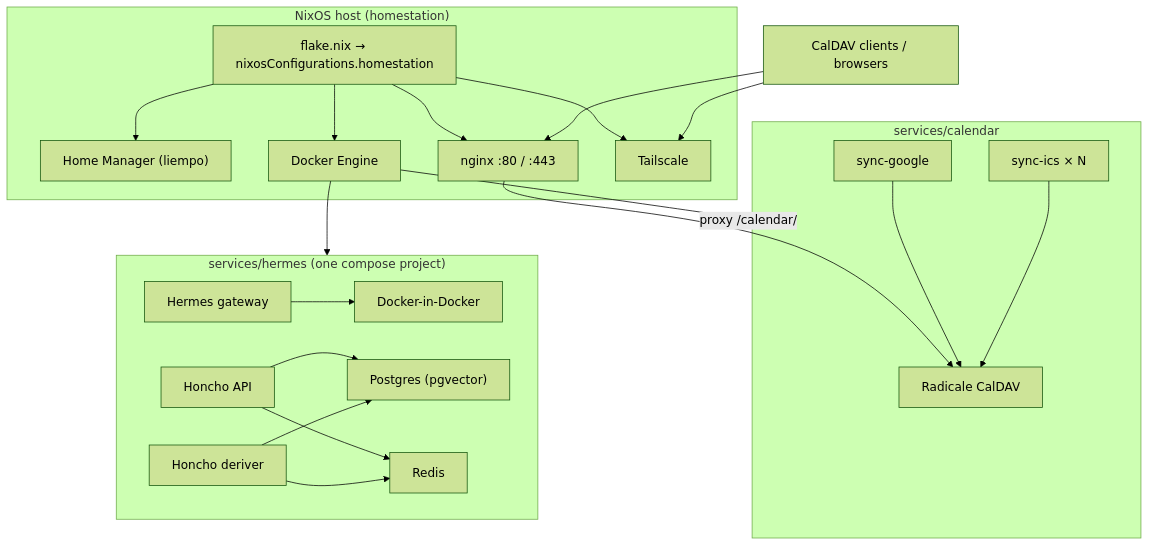
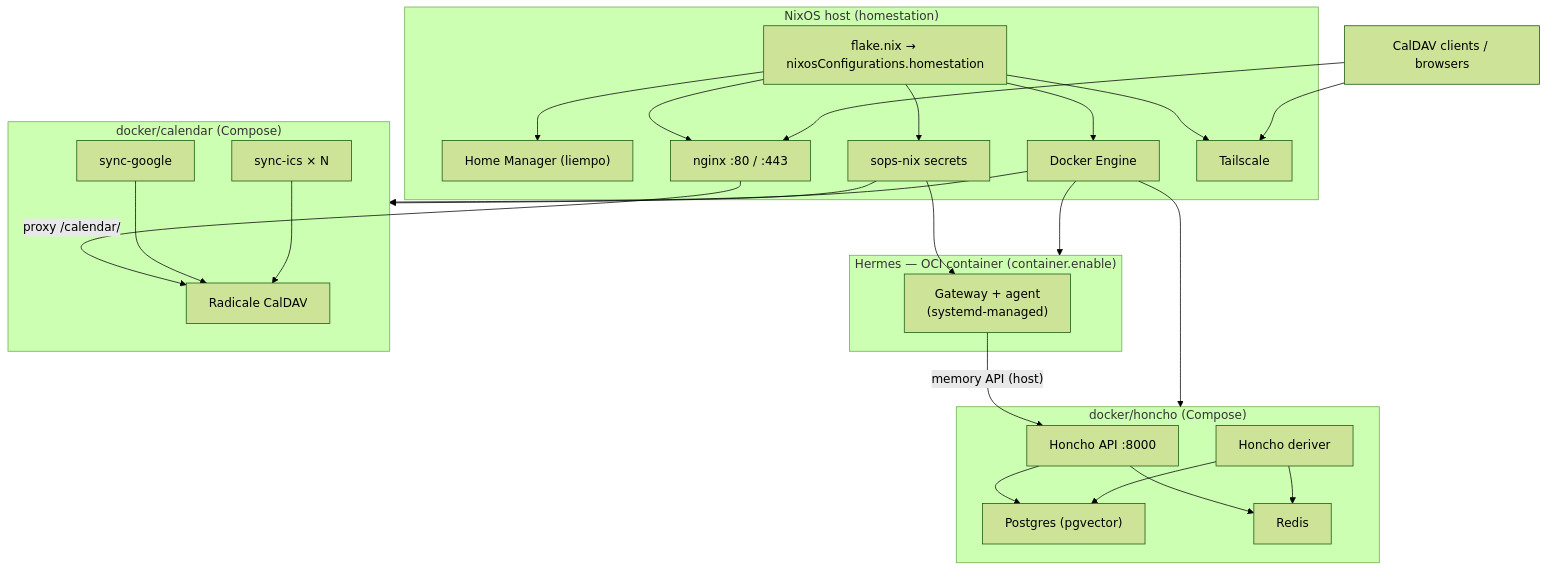
Before and after one commit to liempo/dots.home: the diagram in README.md, drawn with Mermaid (forest theme). The commit also changed other lines of this file and 10 other files, not shown here.

Commit message:
Make docker compose images use systemd

````diff
--- a/README.md
+++ b/README.md
@@ -17,45 +19,54 @@
 ```mermaid
 flowchart TB
   subgraph host["NixOS host (homestation)"]
     flake["flake.nix → nixosConfigurations.homestation"]
     hm["Home Manager (liempo)"]
+    sops["sops-nix secrets"]
     docker["Docker Engine"]
     nginx["nginx :80 / :443"]
     ts["Tailscale"]
   end
 
-  subgraph compose_calendar["services/calendar"]
+  subgraph hermes_oci["Hermes — OCI container (container.enable)"]
+    hermes["Gateway + agent\n(systemd-managed)"]
+  end
+
+  subgraph compose_cal["docker/calendar (Compose)"]
     rad["Radicale CalDAV"]
     s_g["sync-google"]
     s_i["sync-ics × N"]
   end
 
-  subgraph compose_hermes["services/hermes (one compose project)"]
-    dind["Docker-in-Docker"]
-    gw["Hermes gateway"]
-    h_api["Honcho API"]
+  subgraph compose_honcho["docker/honcho (Compose)"]
+    h_api["Honcho API :8000"]
     h_der["Honcho deriver"]
     h_pg["Postgres (pgvector)"]
     h_rd["Redis"]
   end
 
   flake --> hm
+  flake --> sops
   flake --> nginx
   flake --> ts
   flake --> docker
+
+  sops --> hermes
+  sops --> compose_cal
 
   clients["CalDAV clients / browsers"] --> ts
   clients --> nginx
   nginx -->|"proxy /calendar/ "| rad
 
   s_g --> rad
   s_i --> rad
 
-  docker --> compose_calendar
-  docker --> compose_hermes
-  gw --> dind
+  docker --> compose_cal
+  docker --> compose_honcho
+  docker --> hermes_oci
+
+  hermes -->|"memory API (host)"| h_api
   h_api --> h_pg
   h_api --> h_rd
   h_der --> h_pg
   h_der --> h_rd
 ```
````
